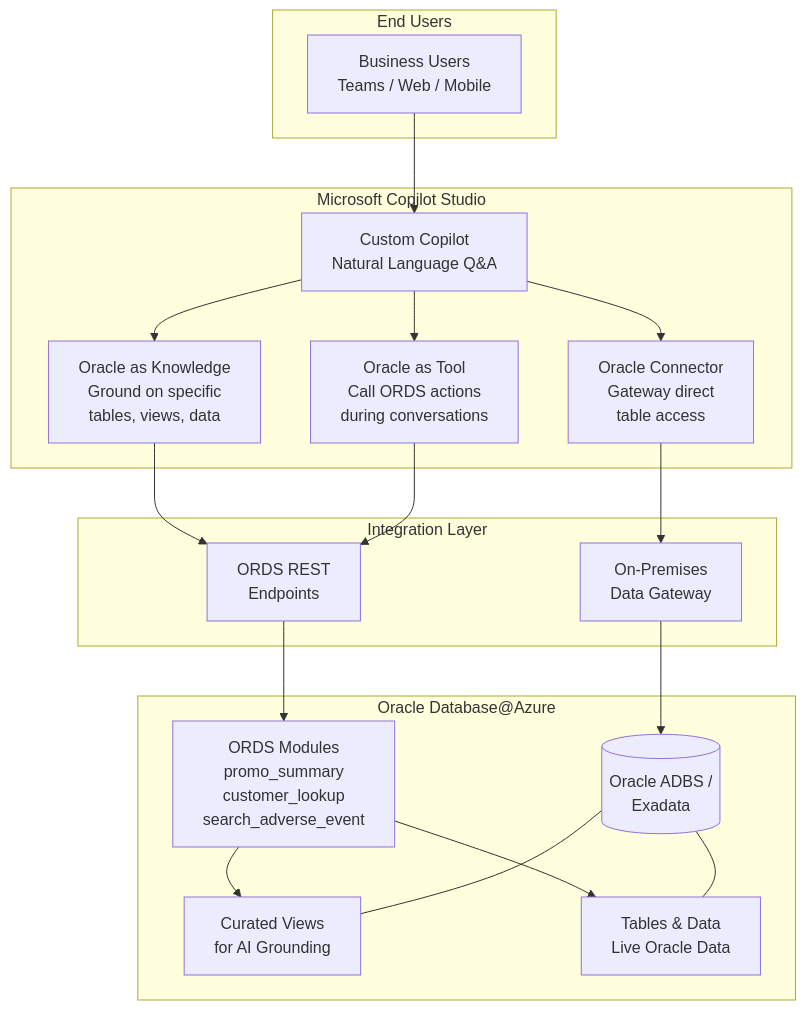
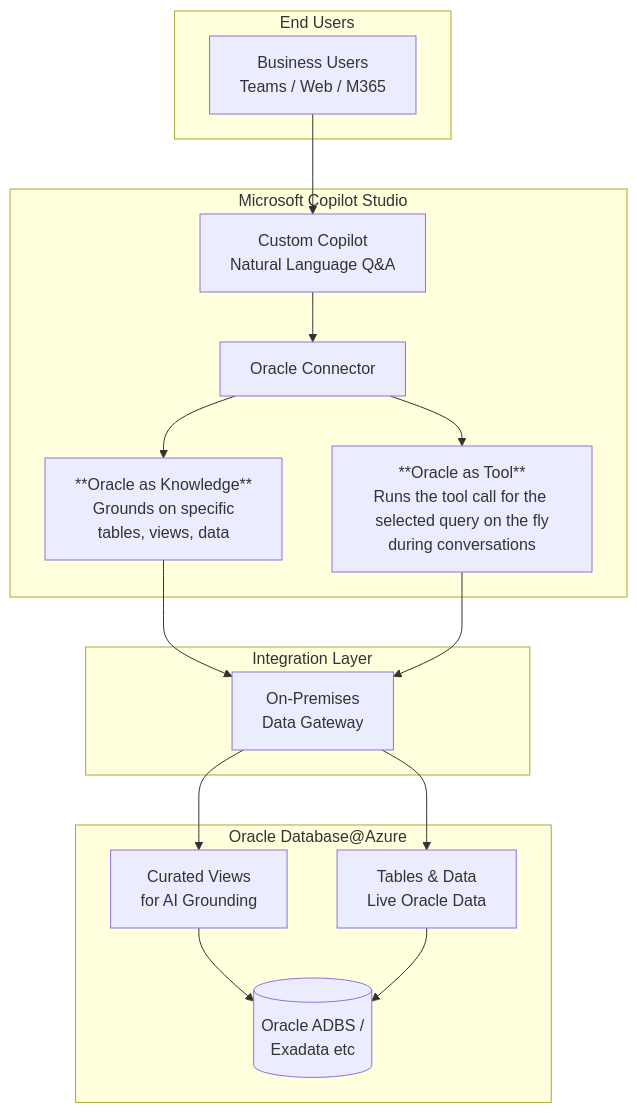
Before and after one commit to ryellajo12/ODAA-AI-Playbook: the first of 12 diagrams in README.md, drawn with Mermaid. The commit also changed other lines of this file, not shown here.

````diff
--- a/README.md
+++ b/README.md
@@ -275,39 +135,37 @@
 ```mermaid
 graph TB
-    subgraph Users["End Users"]
-        BU["Business Users<br/>Teams / Web / Mobile"]
+    subgraph Users["&nbsp;&nbsp;End Users"]
+        BU["Business Users<br/>Teams / Web / M365"]
     end
 
-    subgraph CS["Microsoft Copilot Studio"]
+    subgraph CS["&nbsp;&nbsp;Microsoft Copilot Studio"]
         COP["Custom Copilot<br/>Natural Language Q&A"]
-        K["Oracle as Knowledge<br/>Ground on specific<br/>tables, views, data"]
-        T["Oracle as Tool<br/>Call ORDS actions<br/>during conversations"]
-        C["Oracle Connector<br/>Gateway direct<br/>table access"]
+        C["Oracle Connector"]
+        K["**Oracle as Knowledge**<br/>Grounds on specific<br/>tables, views, data"]
+        T["**Oracle as Tool**<br/>Runs the tool call for the selected query on the fly<br/>during conversations"]
     end
 
-    subgraph Integration["Integration Layer"]
+    subgraph Integration["&nbsp;&nbsp;Integration Layer"]
         GATEWAY["On-Premises<br/>Data Gateway"]
-        ORDS["ORDS REST<br/>Endpoints"]
     end
 
-    subgraph ODA["Oracle Database@Azure"]
-        DB[("Oracle ADBS /<br/>Exadata")]
+    subgraph ODA["&nbsp;&nbsp;Oracle Database@Azure"]
+        TABLES["Tables & Data<br/>Live Oracle Data"]
         VIEWS["Curated Views<br/>for AI Grounding"]
-        TABLES["Tables & Data<br/>Live Oracle Data"]
-        REST["ORDS Modules<br/>promo_summary<br/>customer_lookup<br/>search_adverse_event"]
+        DB[("Oracle ADBS /<br/>Exadata etc")]
     end
 
     BU --> COP
-    COP --> K
-    COP --> T
     COP --> C
-    K --> ORDS
-    T --> ORDS
-    C --> GATEWAY
-    GATEWAY --> DB
-    ORDS --> REST
-    REST --> VIEWS
-    REST --> TABLES
-    DB --- VIEWS
-    DB --- TABLES
+    C --> K
+    C --> T
+
+    K --> GATEWAY
+    T --> GATEWAY
+
+    GATEWAY --> TABLES
+    GATEWAY --> VIEWS
+
+    VIEWS --> DB
+    TABLES --> DB
 ```
````
